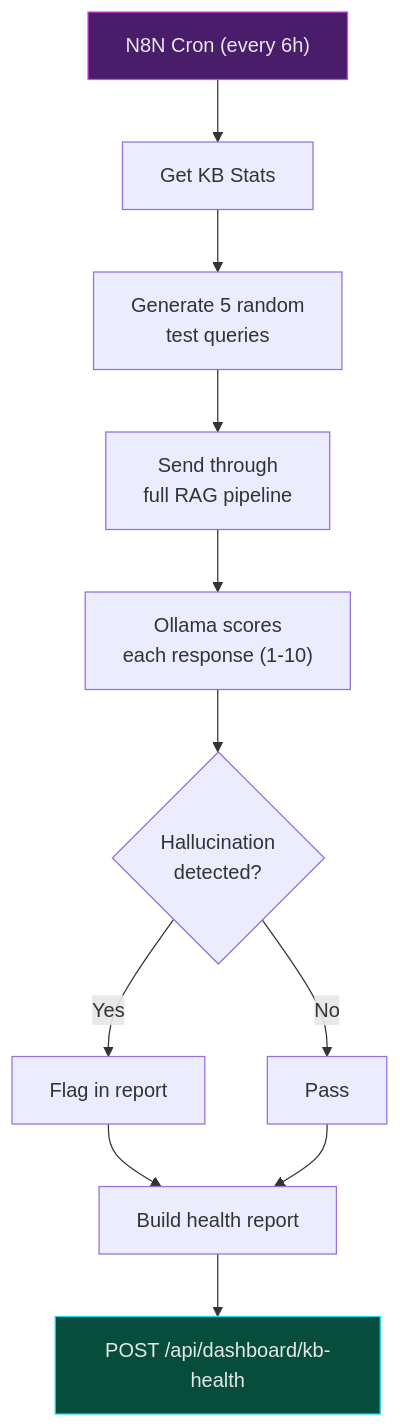
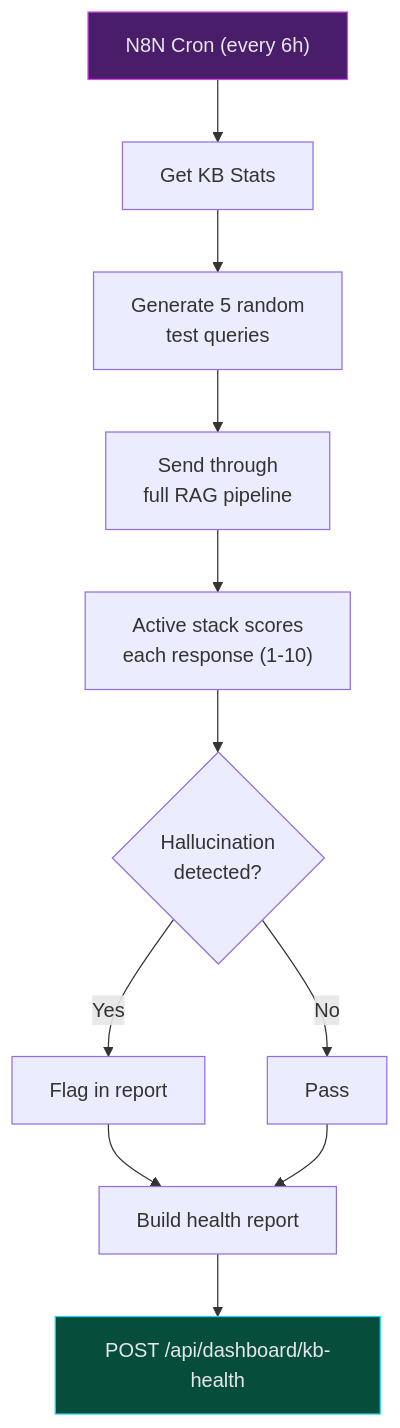
Before and after one commit to sebdallais-git/PharmaCyberLLM: the fourth of 9 diagrams in README.md, drawn with Mermaid. The commit also changed other lines of this file, not shown here.

First line of the commit message:
docs: update README project structure and N8N stack usage

````diff
--- a/README.md
+++ b/README.md
@@ -295,15 +295,15 @@
 ```mermaid
 flowchart TD
     A["N8N Cron (every 6h)"] --> B["Get KB Stats"]
     B --> C["Generate 5 random\ntest queries"]
     C --> D["Send through\nfull RAG pipeline"]
-    D --> E["Ollama scores\neach response (1-10)"]
+    D --> E["Active stack scores\neach response (1-10)"]
     E --> F{"Hallucination\ndetected?"}
     F -->|Yes| G["Flag in report"]
     F -->|No| H["Pass"]
     G & H --> I["Build health report"]
     I --> J["POST /api/dashboard/kb-health"]
 
     style A fill:#4a1d6b,stroke:#d946ef,color:#e5e7eb
     style J fill:#064e3b,stroke:#22d3ee,color:#e5e7eb
 ```
````
